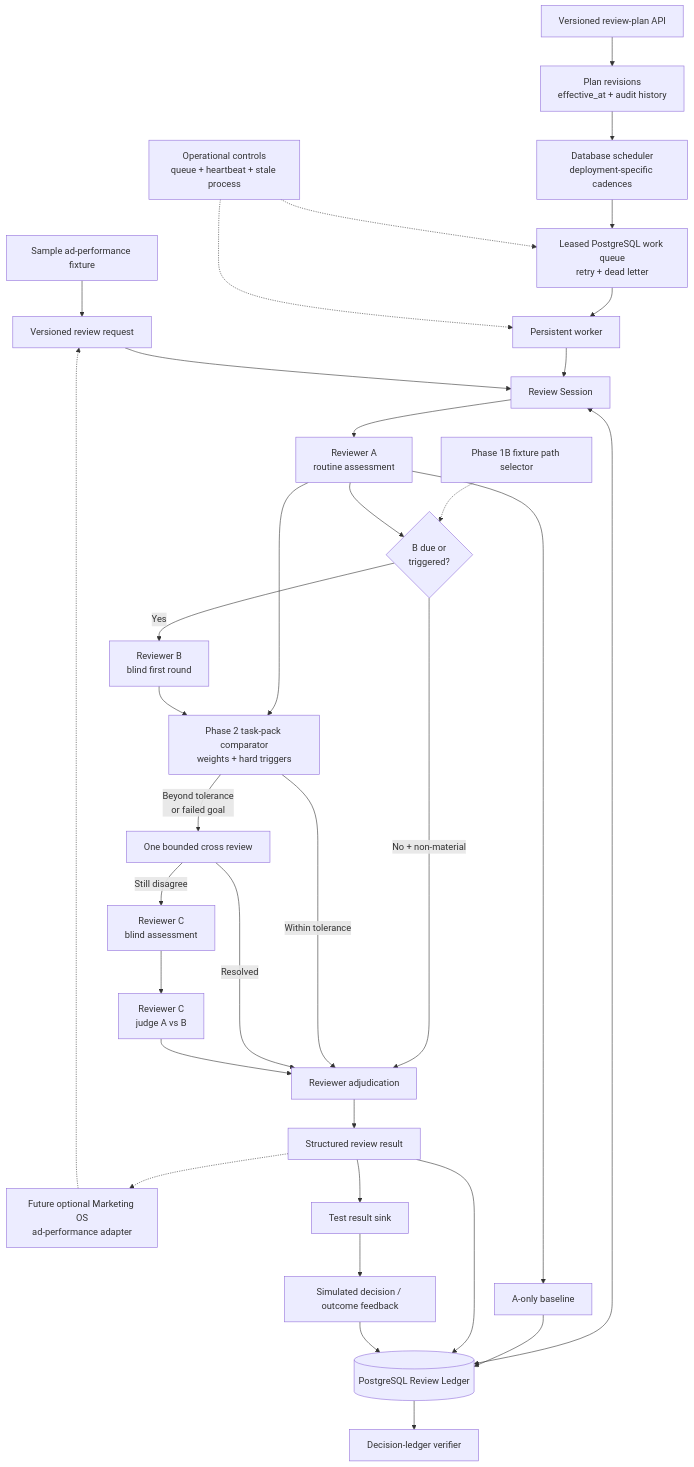
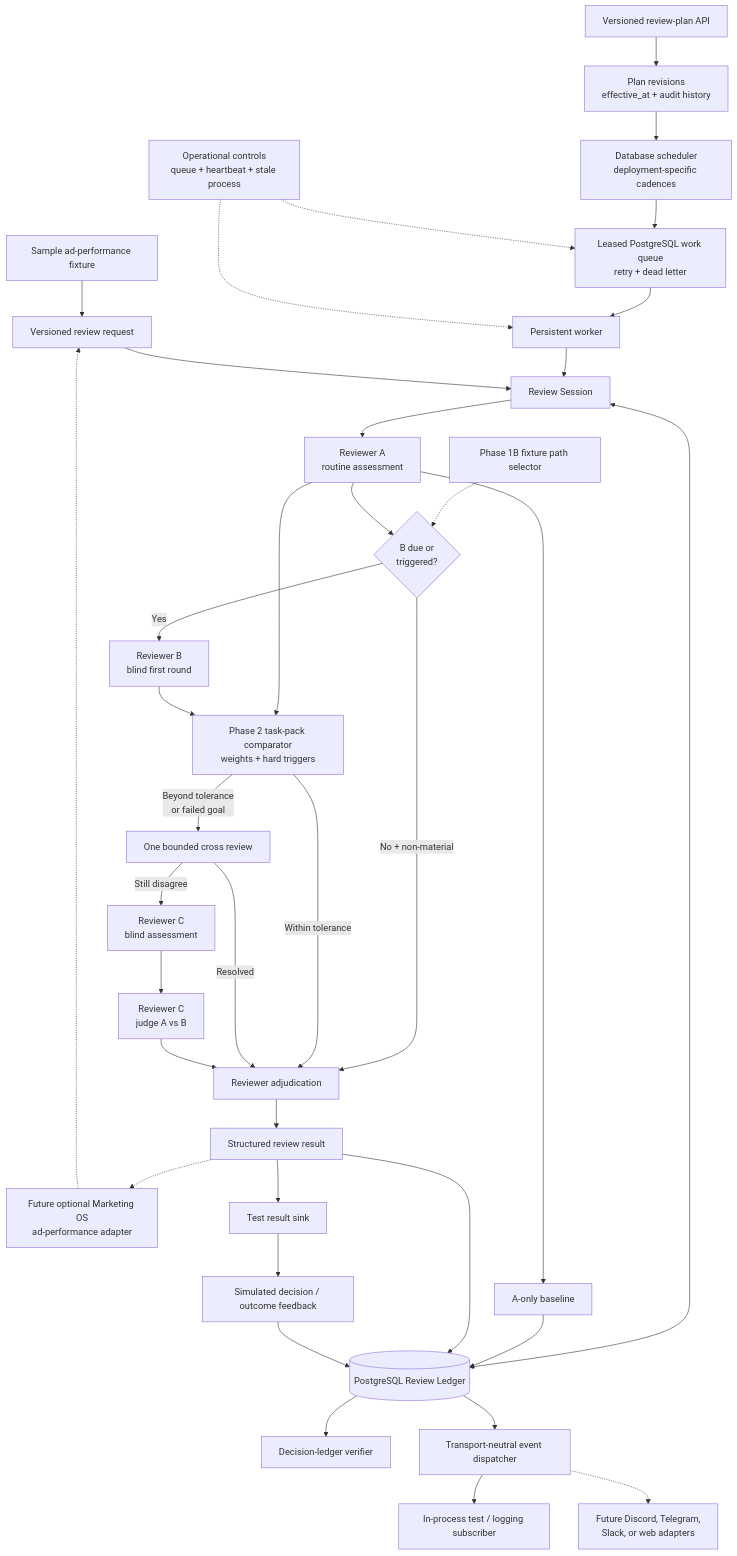
Before and after one commit to 0xZanderPander/CONCLAVE: the diagram in MVP_architecture_flow.mmd, drawn with Mermaid. The commit also changed 17 other files, not shown here.

Commit message:
Add transport-neutral domain event stream

```diff
--- a/MVP_architecture_flow.mmd
+++ b/MVP_architecture_flow.mmd
@@ -1,36 +1,39 @@
 flowchart TB
     Fixture["Sample ad-performance fixture"] --> Request["Versioned review request"]
     FutureMarketing["Future optional Marketing OS<br/>ad-performance adapter"] -.-> Request
     PlanAPI["Versioned review-plan API"] --> Plans["Plan revisions<br/>effective_at + audit history"]
     Plans --> Scheduler["Database scheduler<br/>deployment-specific cadences"]
     Scheduler --> Queue["Leased PostgreSQL work queue<br/>retry + dead letter"]
     Queue --> Worker["Persistent worker"]
     Worker --> Session["Review Session"]
     Request --> Session
     Session <--> Ledger[("PostgreSQL Review Ledger")]
     Ops["Operational controls<br/>queue + heartbeat + stale process"] -.-> Queue
     Ops -.-> Worker
     FixturePath["Phase 1B fixture path selector"] -.-> Expand
 
     Session --> A["Reviewer A<br/>routine assessment"]
     A --> Baseline["A-only baseline"]
     Baseline --> Ledger
     A --> Expand{"B due or<br/>triggered?"}
     Expand -->|"No + non-material"| Resolve["Reviewer adjudication"]
     Expand -->|"Yes"| B["Reviewer B<br/>blind first round"]
     A --> Compare["Phase 2 task-pack comparator<br/>weights + hard triggers"]
     B --> Compare
     Compare -->|"Within tolerance"| Resolve
     Compare -->|"Beyond tolerance<br/>or failed goal"| Cross["One bounded cross review"]
     Cross -->|"Resolved"| Resolve
     Cross -->|"Still disagree"| CBlind["Reviewer C<br/>blind assessment"]
     CBlind --> CJudge["Reviewer C<br/>judge A vs B"]
     CJudge --> Resolve
 
     Resolve --> Result["Structured review result"]
     Result --> Ledger
     Ledger --> Audit["Decision-ledger verifier"]
+    Ledger --> Dispatcher["Transport-neutral event dispatcher"]
+    Dispatcher --> TestSubscriber["In-process test / logging subscriber"]
+    Dispatcher -.-> FutureTransports["Future Discord, Telegram,<br/>Slack, or web adapters"]
     Result --> TestSink["Test result sink"]
     TestSink --> Feedback["Simulated decision / outcome feedback"]
     Result -.-> FutureMarketing
     Feedback --> Ledger
```
